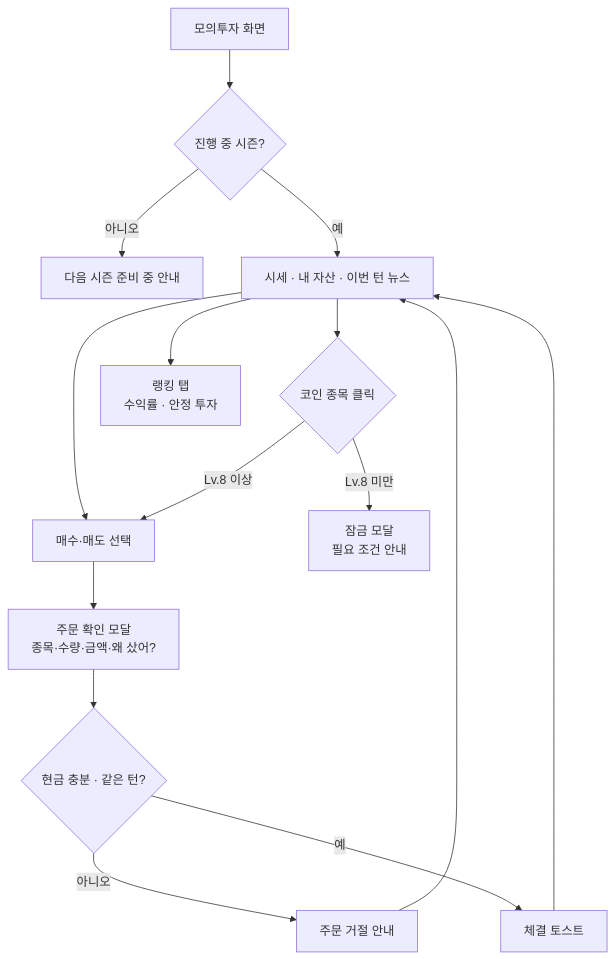
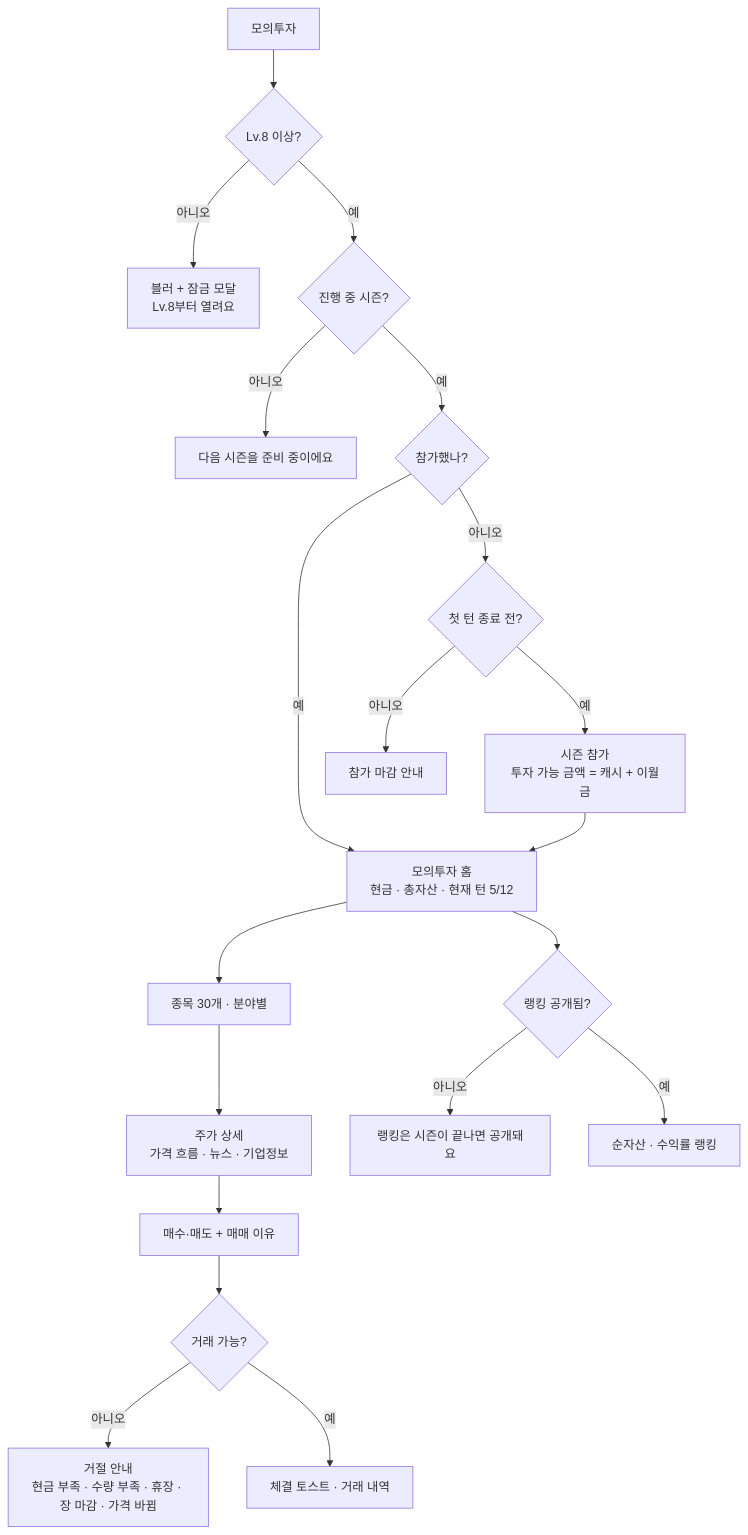
The tenth of 13 diagrams in docs/MoneyBeetle_업무분석.md (bukkeu/my-home-finish), drawn with Mermaid before and after one commit. The commit also changed other lines of this file, not shown here.

````diff
--- a/docs/MoneyBeetle_업무분석.md
+++ b/docs/MoneyBeetle_업무분석.md
@@ -613,14 +547,20 @@
 ```mermaid
 flowchart TD
-    IN[모의투자 화면] --> SEASON{진행 중 시즌?}
-    SEASON -- 아니오 --> WAIT[다음 시즌 준비 중 안내]
-    SEASON -- 예 --> VIEW[시세 · 내 자산 · 이번 턴 뉴스]
-    VIEW --> ORDER[매수·매도 선택] --> MODAL[주문 확인 모달<br/>종목·수량·금액·왜 샀어?]
-    MODAL --> CASH{현금 충분 · 같은 턴?}
-    CASH -- 아니오 --> REJECT[주문 거절 안내] --> VIEW
-    CASH -- 예 --> DONE[체결 토스트] --> VIEW
-    VIEW --> COIN{코인 종목 클릭}
-    COIN -- Lv.8 미만 --> LOCK[잠금 모달<br/>필요 조건 안내]
-    COIN -- Lv.8 이상 --> ORDER
-    VIEW --> RANKTAB[랭킹 탭<br/>수익률 · 안정 투자]
+    IN[모의투자] --> LV{Lv.8 이상?}
+    LV -- 아니오 --> LOCK[블러 + 잠금 모달<br/>Lv.8부터 열려요]
+    LV -- 예 --> S{진행 중 시즌?}
+    S -- 아니오 --> WAIT[다음 시즌을 준비 중이에요]
+    S -- 예 --> JOINED{참가했나?}
+    JOINED -- 아니오 --> JOIN{첫 턴 종료 전?}
+    JOIN -- 예 --> DOJOIN[시즌 참가<br/>투자 가능 금액 = 캐시 + 이월금]
+    JOIN -- 아니오 --> CLOSED[참가 마감 안내]
+    JOINED -- 예 --> HOMEI
+    DOJOIN --> HOMEI[모의투자 홈<br/>현금 · 총자산 · 현재 턴 5/12]
+    HOMEI --> LIST[종목 30개 · 분야별] --> DET[주가 상세<br/>가격 흐름 · 뉴스 · 기업정보]
+    DET --> ORD[매수·매도 + 매매 이유] --> CHK{거래 가능?}
+    CHK -- 아니오 --> REJ[거절 안내<br/>현금 부족 · 수량 부족 · 휴장 · 장 마감 · 가격 바뀜]
+    CHK -- 예 --> FILL[체결 토스트 · 거래 내역]
+    HOMEI --> RANK{랭킹 공개됨?}
+    RANK -- 아니오 --> RWAIT[랭킹은 시즌이 끝나면 공개돼요]
+    RANK -- 예 --> RVIEW[순자산 · 수익률 랭킹]
 ```
````
